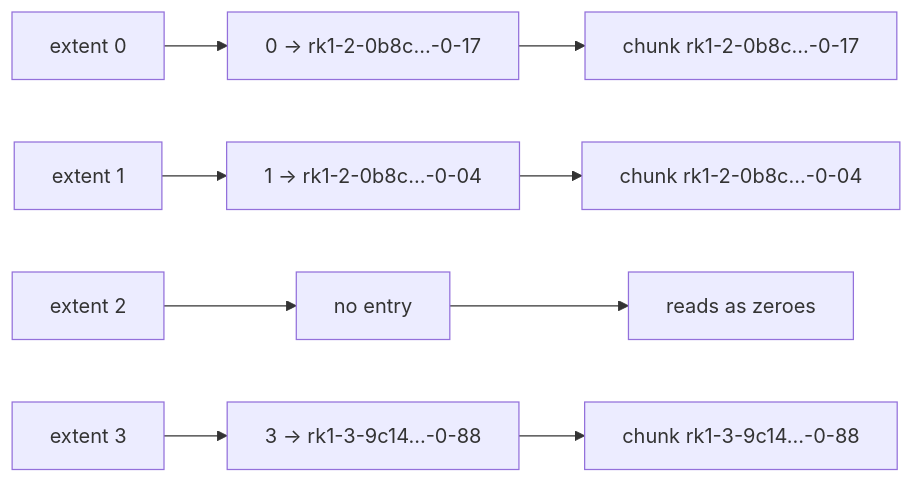
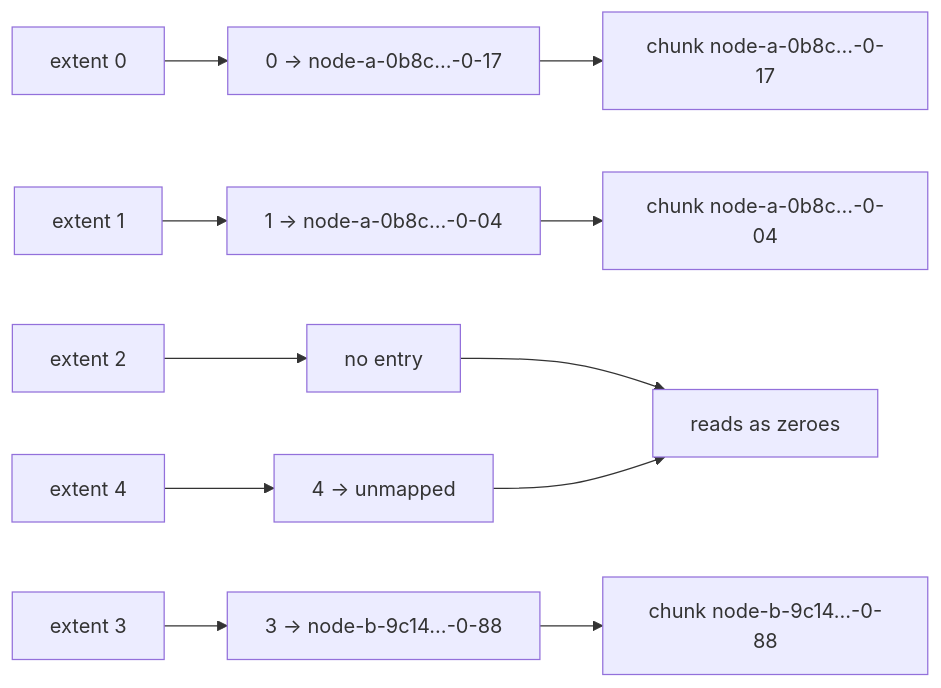
The diagram in docs/design.md (hyperized/silo), drawn with Mermaid before and after one commit. The commit also changed other lines of this file and 30 other files, not shown here.

````diff
--- a/docs/design.md
+++ b/docs/design.md
@@ -42,7 +42,8 @@
 ```mermaid
 flowchart LR
-    e0["extent 0"] --> k0["0 → rk1-2-0b8c…-0-17"] --> c0["chunk rk1-2-0b8c…-0-17"]
-    e1["extent 1"] --> k1["1 → rk1-2-0b8c…-0-04"] --> c1["chunk rk1-2-0b8c…-0-04"]
+    e0["extent 0"] --> k0["0 → node-a-0b8c…-0-17"] --> c0["chunk node-a-0b8c…-0-17"]
+    e1["extent 1"] --> k1["1 → node-a-0b8c…-0-04"] --> c1["chunk node-a-0b8c…-0-04"]
     e2["extent 2"] --> k2["no entry"] --> z["reads as zeroes"]
-    e3["extent 3"] --> k3["3 → rk1-3-9c14…-0-88"] --> c3["chunk rk1-3-9c14…-0-88"]
+    e3["extent 3"] --> k3["3 → node-b-9c14…-0-88"] --> c3["chunk node-b-9c14…-0-88"]
+    e4["extent 4"] --> k4["4 → unmapped"] --> z
 ```
````
